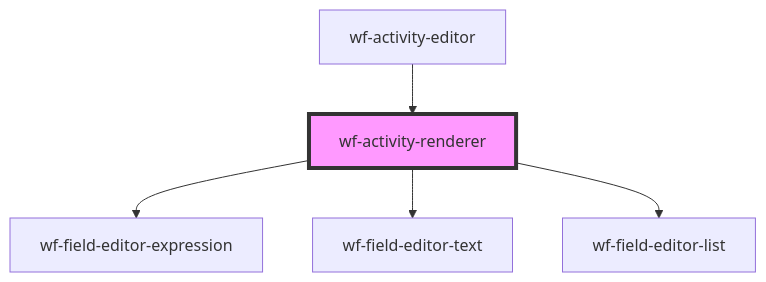
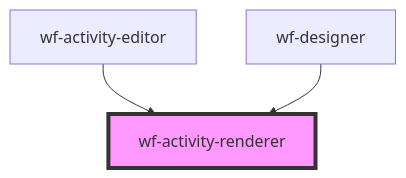
The diagram in src/components/workflow-designer/activity-renderer/readme.md (elsa-workflows/elsa-designer), drawn with Mermaid before and after one commit. The commit also changed other lines of this file and 38 other files, not shown here.

````diff
--- a/src/components/workflow-designer/activity-renderer/readme.md
+++ b/src/components/workflow-designer/activity-renderer/readme.md
@@ -30,8 +38,6 @@
 ```mermaid
 graph TD;
-  wf-activity-renderer --> wf-field-editor-expression
-  wf-activity-renderer --> wf-field-editor-text
-  wf-activity-renderer --> wf-field-editor-list
   wf-activity-editor --> wf-activity-renderer
+  wf-designer --> wf-activity-renderer
   style wf-activity-renderer fill:#f9f,stroke:#333,stroke-width:4px
 ```
````
